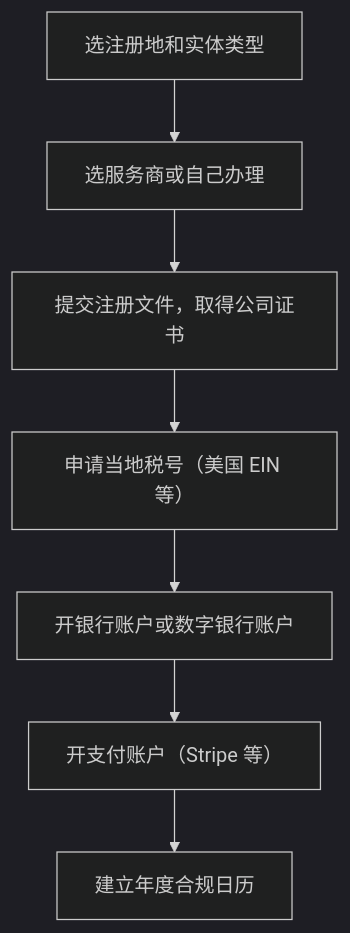
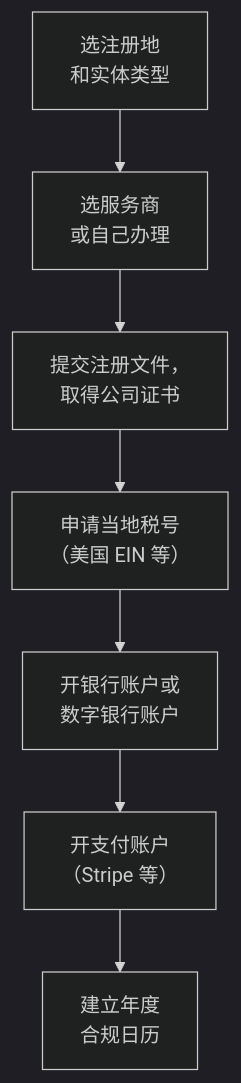
Before and after one commit to jarvis-pro/hatch-shelf: the diagram in books/going-global/02-overseas-entity.md, drawn with Mermaid (dark theme). The commit also changed 432 other files, not shown here.

````diff
--- a/books/going-global/02-overseas-entity.md
+++ b/books/going-global/02-overseas-entity.md
@@ -63,9 +63,9 @@
 ```mermaid
 flowchart TD
-  A["选注册地和实体类型"] --> B["选服务商或自己办理"]
-  B --> C["提交注册文件，取得公司证书"]
-  C --> D["申请当地税号（美国 EIN 等）"]
-  D --> E["开银行账户或数字银行账户"]
-  E --> F["开支付账户（Stripe 等）"]
-  F --> G["建立年度合规日历"]
+  A["选注册地<br/>和实体类型"] --> B["选服务商<br/>或自己办理"]
+  B --> C["提交注册文件，<br/>取得公司证书"]
+  C --> D["申请当地税号<br/>（美国 EIN 等）"]
+  D --> E["开银行账户或<br/>数字银行账户"]
+  E --> F["开支付账户<br/>（Stripe 等）"]
+  F --> G["建立年度<br/>合规日历"]
 ```
````
